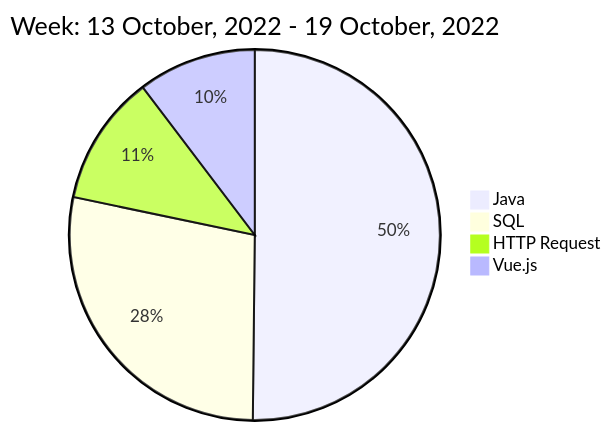
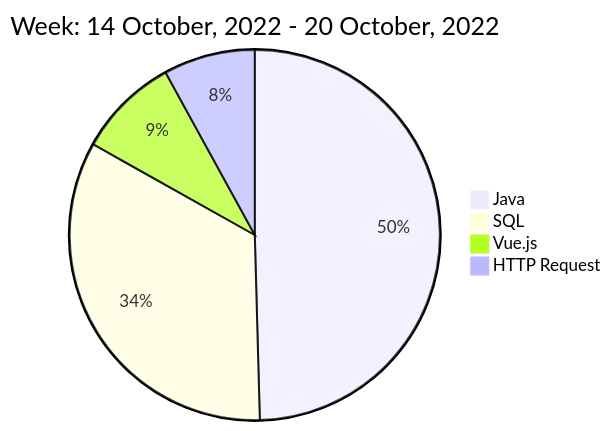
The diagram in README.md (liubin95/liubin95), drawn with Mermaid before and after one commit.

Commit message:
Updated the Graph with new Metrics

````diff
--- a/README.md
+++ b/README.md
@@ -40,8 +40,8 @@
 ```mermaid
  pie
-title Week: 13 October, 2022 - 19 October, 2022
- "Java" : 10.35
- "SQL" : 5.8
- "HTTP Request" : 2.35
- "Vue.js" : 2.13
+title Week: 14 October, 2022 - 20 October, 2022
+ "Java" : 10.23
+ "SQL" : 6.93
+ "Vue.js" : 1.83
+ "HTTP Request" : 1.65
 ```
````
